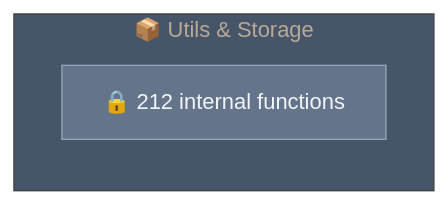
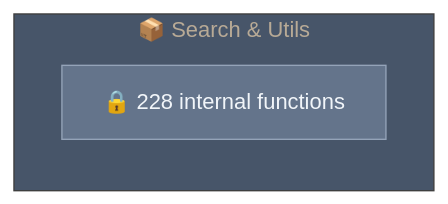
The diagram in .mikk/diagrams/capsules/packages-core.mmd (Ansh-dhanani/mikk), drawn with Mermaid before and after one commit. The commit also changed 93 other files, not shown here.

Commit message:
feat: Introduce core parsing, contract, CLI, watcher, MCP server, AI context, intent engine, diagram generation, and web app components.

```diff
--- a/.mikk/diagrams/capsules/packages-core.mmd
+++ b/.mikk/diagrams/capsules/packages-core.mmd
@@ -1,12 +1,12 @@
 %%{init: {"theme": "base", "themeVariables": {"primaryColor": "#1e293b", "primaryTextColor": "#e2e8f0", "lineColor": "#64748b", "secondaryColor": "#334155", "tertiaryColor": "#475569", "background": "#0f172a", "mainBkg": "#1e293b", "nodeBorder": "#475569"}}}%%
 graph LR
 
-    subgraph packages_core["📦 Utils & Storage"]
+    subgraph packages_core["📦 Search & Utils"]
         direction TB
-        internal["🔒 212 internal functions"]
+        internal["🔒 228 internal functions"]
     end
 
 
     classDef publicApi fill:#22c55e,stroke:#4ade80,color:#f0fdf4
     classDef internalApi fill:#64748b,stroke:#94a3b8,color:#f1f5f9
     class internal internalApi
```
